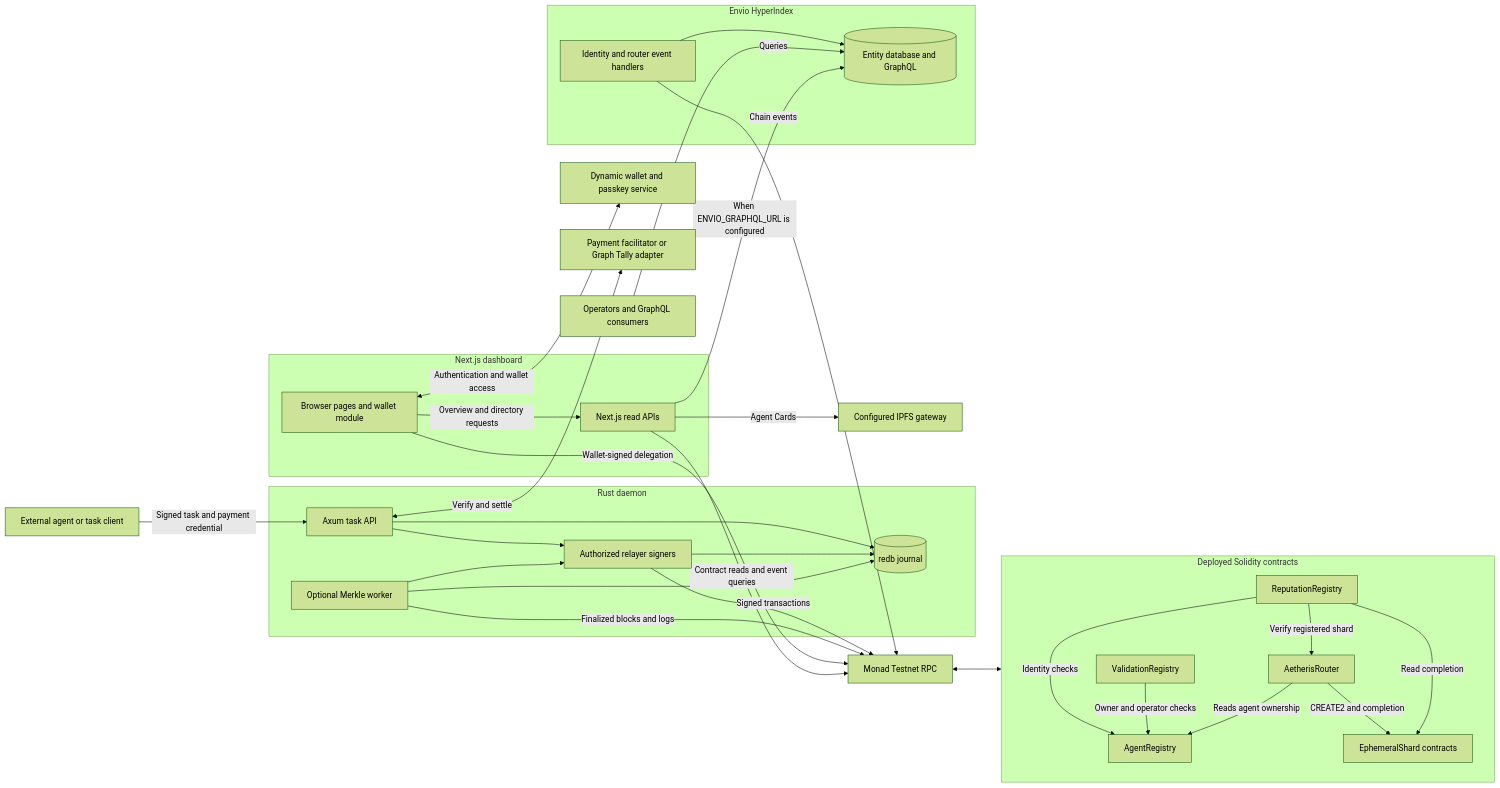
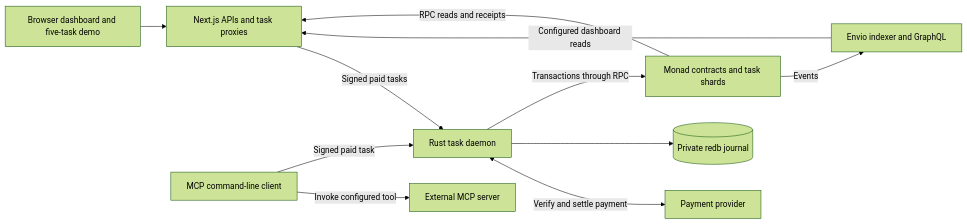
Before and after one commit to willy264/monad-astheris: the diagram in docs/architecture.md, drawn with Mermaid (forest theme). The commit also changed other lines of this file and 1 other file, not shown here.

Commit message:
docs: clarify architecture and operator workflows

````diff
--- a/docs/architecture.md
+++ b/docs/architecture.md
@@ -13,60 +11,13 @@
 ```mermaid
 flowchart LR
-    Caller[External agent or task client]
-    Dynamic[Dynamic wallet and passkey service]
-    Payment[Payment facilitator or Graph Tally adapter]
-    IPFS[Configured IPFS gateway]
-    RPC[Monad Testnet RPC]
-    Consumers[Operators and GraphQL consumers]
-
-    subgraph Frontend[Next.js dashboard]
-        Browser[Browser pages and wallet module]
-        API[Next.js read APIs]
-        Browser -->|Overview and directory requests| API
-    end
-
-    subgraph Engine[Rust daemon]
-        HTTP[Axum task API]
-        Relayers[Authorized relayer signers]
-        Worker[Optional Merkle worker]
-        Journal[(redb journal)]
-        HTTP --> Relayers
-        HTTP --> Journal
-        Relayers --> Journal
-        Worker --> Relayers
-        Worker --> Journal
-    end
-
-    subgraph Indexing[Envio HyperIndex]
-        Handlers[Identity and router event handlers]
-        GraphQL[(Entity database and GraphQL)]
-        Handlers --> GraphQL
-    end
-
-    subgraph Contracts[Deployed Solidity contracts]
-        Identity[AgentRegistry]
-        Router[AetherisRouter]
-        Shards[EphemeralShard contracts]
-        Reputation[ReputationRegistry]
-        Validation[ValidationRegistry]
-        Router -->|Reads agent ownership| Identity
-        Router -->|CREATE2 and completion| Shards
-        Reputation -->|Identity checks| Identity
-        Reputation -->|Verify registered shard| Router
-        Reputation -->|Read completion| Shards
-        Validation -->|Owner and operator checks| Identity
-    end
-
-    Browser <-->|Authentication and wallet access| Dynamic
-    Browser -->|Wallet-signed delegation| RPC
-    API -->|Contract reads and event queries| RPC
-    API -->|Agent Cards| IPFS
-    Caller -->|Signed task and payment credential| HTTP
-    HTTP <-->|Verify and settle| Payment
-    Relayers -->|Signed transactions| RPC
-    Worker -->|Finalized blocks and logs| RPC
-    Handlers -->|Chain events| RPC
-    Consumers -->|Queries| GraphQL
-    API -->|When ENVIO_GRAPHQL_URL is configured| GraphQL
-    RPC <--> Contracts
+    Browser[Browser dashboard and five-task demo] --> Next[Next.js APIs and task proxies]
+    Next -->|Signed paid tasks| Daemon[Rust task daemon]
+    CLI[MCP command-line client] -->|Invoke configured tool| MCP[External MCP server]
+    CLI -->|Signed paid task| Daemon
+    Daemon <-->|Verify and settle payment| Payment[Payment provider]
+    Daemon --> Journal[(Private redb journal)]
+    Daemon -->|Transactions through RPC| Chain[Monad contracts and task shards]
+    Chain -->|Events| Envio[Envio indexer and GraphQL]
+    Envio -->|Configured dashboard reads| Next
+    Chain -->|RPC reads and receipts| Next
 ```
````
